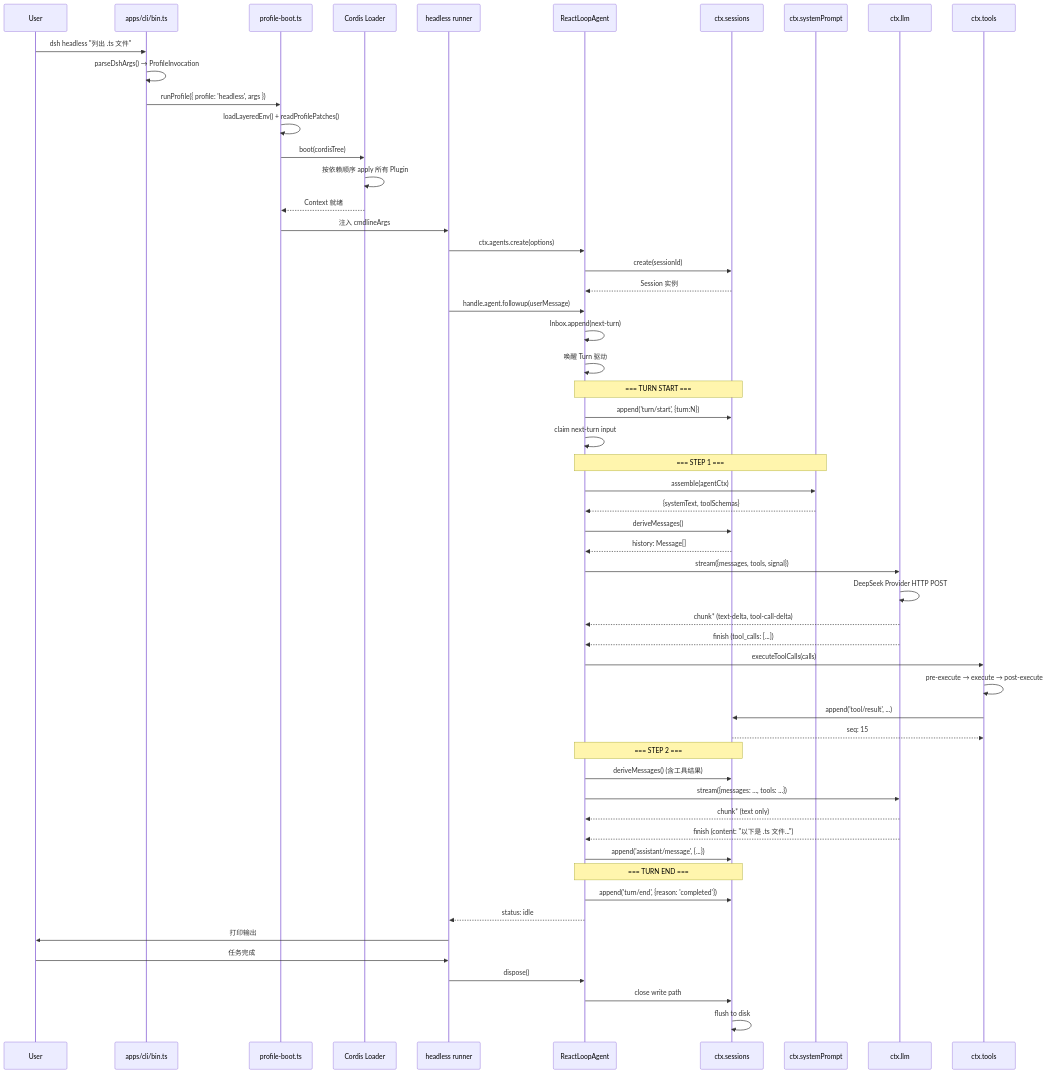
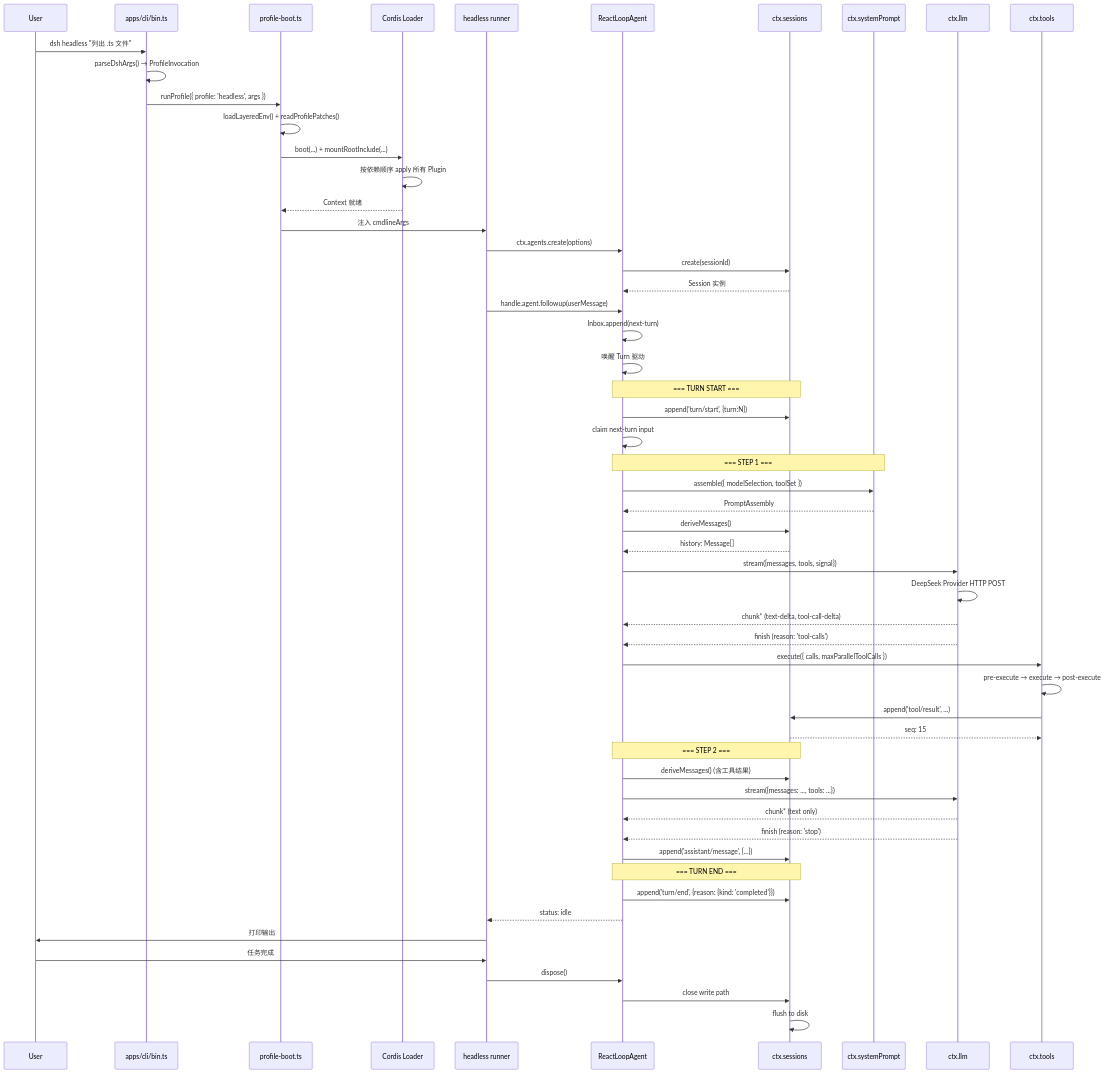
Before and after one commit to adrian9778/deepseek-harness: the diagram in docs/sourceReader/02-example/00-minimal-example.md, drawn with Mermaid. The commit also changed other lines of this file and 47 other files, not shown here.

````diff
--- a/docs/sourceReader/02-example/00-minimal-example.md
+++ b/docs/sourceReader/02-example/00-minimal-example.md
@@ -259,67 +264,67 @@
 ```mermaid
 sequenceDiagram
     participant User
     participant CLI as apps/cli/bin.ts
     participant Boot as profile-boot.ts
     participant Loader as Cordis Loader
     participant Runner as headless runner
     participant Agent as ReactLoopAgent
     participant Session as ctx.sessions
     participant Prompt as ctx.systemPrompt
     participant LLM as ctx.llm
     participant Tools as ctx.tools
 
     User->>CLI: dsh headless "列出 .ts 文件"
     CLI->>CLI: parseDshArgs() → ProfileInvocation
     CLI->>Boot: runProfile({ profile: 'headless', args })
     Boot->>Boot: loadLayeredEnv() + readProfilePatches()
-    Boot->>Loader: boot(cordisTree)
+    Boot->>Loader: boot(...) + mountRootInclude(...)
     Loader->>Loader: 按依赖顺序 apply 所有 Plugin
     Loader-->>Boot: Context 就绪
 
     Boot->>Runner: 注入 cmdlineArgs
     Runner->>Agent: ctx.agents.create(options)
     Agent->>Session: create(sessionId)
     Session-->>Agent: Session 实例
 
     Runner->>Agent: handle.agent.followup(userMessage)
     Agent->>Agent: Inbox.append(next-turn)
     Agent->>Agent: 唤醒 Turn 驱动
 
     Note over Agent,Session: === TURN START ===
     Agent->>Session: append('turn/start', {turn:N})
     Agent->>Agent: claim next-turn input
 
     Note over Agent,Prompt: === STEP 1 ===
-    Agent->>Prompt: assemble(agentCtx)
-    Prompt-->>Agent: {systemText, toolSchemas}
+    Agent->>Prompt: assemble({ modelSelection, toolSet })
+    Prompt-->>Agent: PromptAssembly
     Agent->>Session: deriveMessages()
     Session-->>Agent: history: Message[]
 
     Agent->>LLM: stream({messages, tools, signal})
     LLM->>LLM: DeepSeek Provider HTTP POST
     LLM-->>Agent: chunk* (text-delta, tool-call-delta)
-    LLM-->>Agent: finish (tool_calls: [...])
+    LLM-->>Agent: finish (reason: 'tool-calls')
 
-    Agent->>Tools: executeToolCalls(calls)
+    Agent->>Tools: execute({ calls, maxParallelToolCalls })
     Tools->>Tools: pre-execute → execute → post-execute
     Tools->>Session: append('tool/result', ...)
     Session-->>Tools: seq: 15
 
     Note over Agent,Session: === STEP 2 ===
     Agent->>Session: deriveMessages() (含工具结果)
     Agent->>LLM: stream({messages: ..., tools: ...})
     LLM-->>Agent: chunk* (text only)
-    LLM-->>Agent: finish (content: "以下是 .ts 文件...")
+    LLM-->>Agent: finish (reason: 'stop')
 
     Agent->>Session: append('assistant/message', {...})
     Note over Agent,Session: === TURN END ===
-    Agent->>Session: append('turn/end', {reason: 'completed'})
+    Agent->>Session: append('turn/end', {reason: {kind: 'completed'}})
     Agent-->>Runner: status: idle
 
     Runner->>User: 打印输出
     User->>Runner: 任务完成
     Runner->>Agent: dispose()
     Agent->>Session: close write path
     Session->>Session: flush to disk
 ```
````
